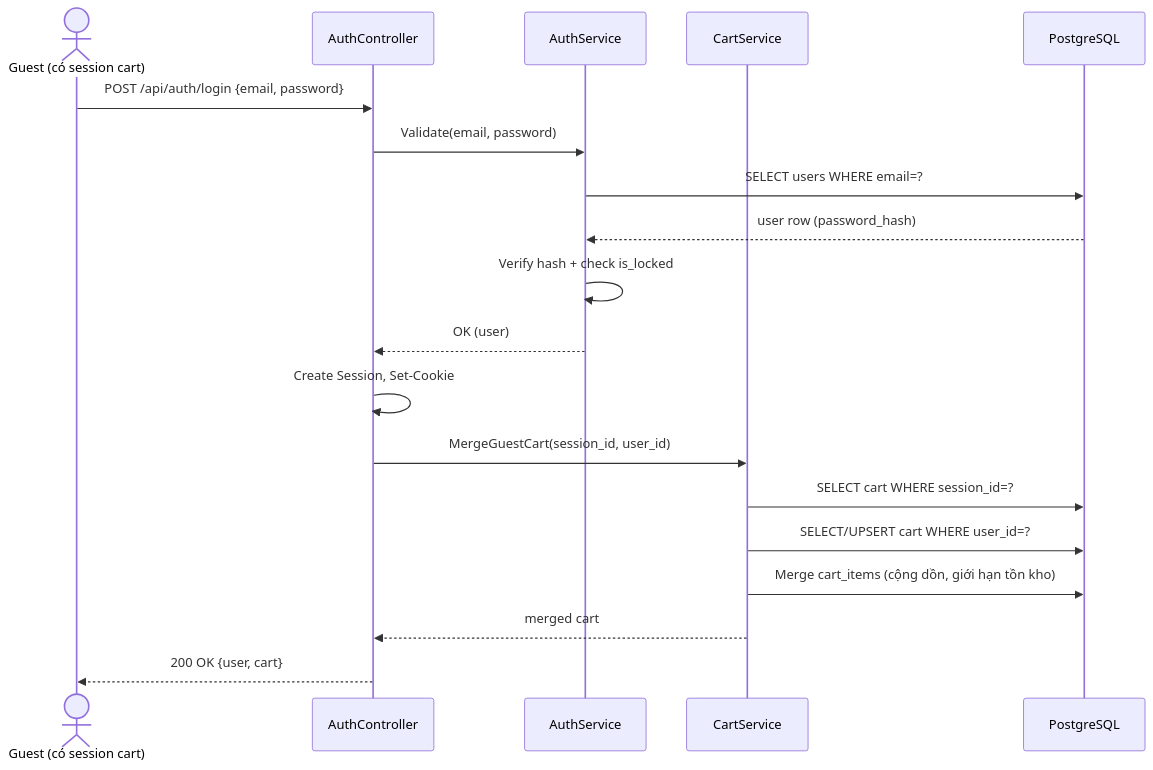
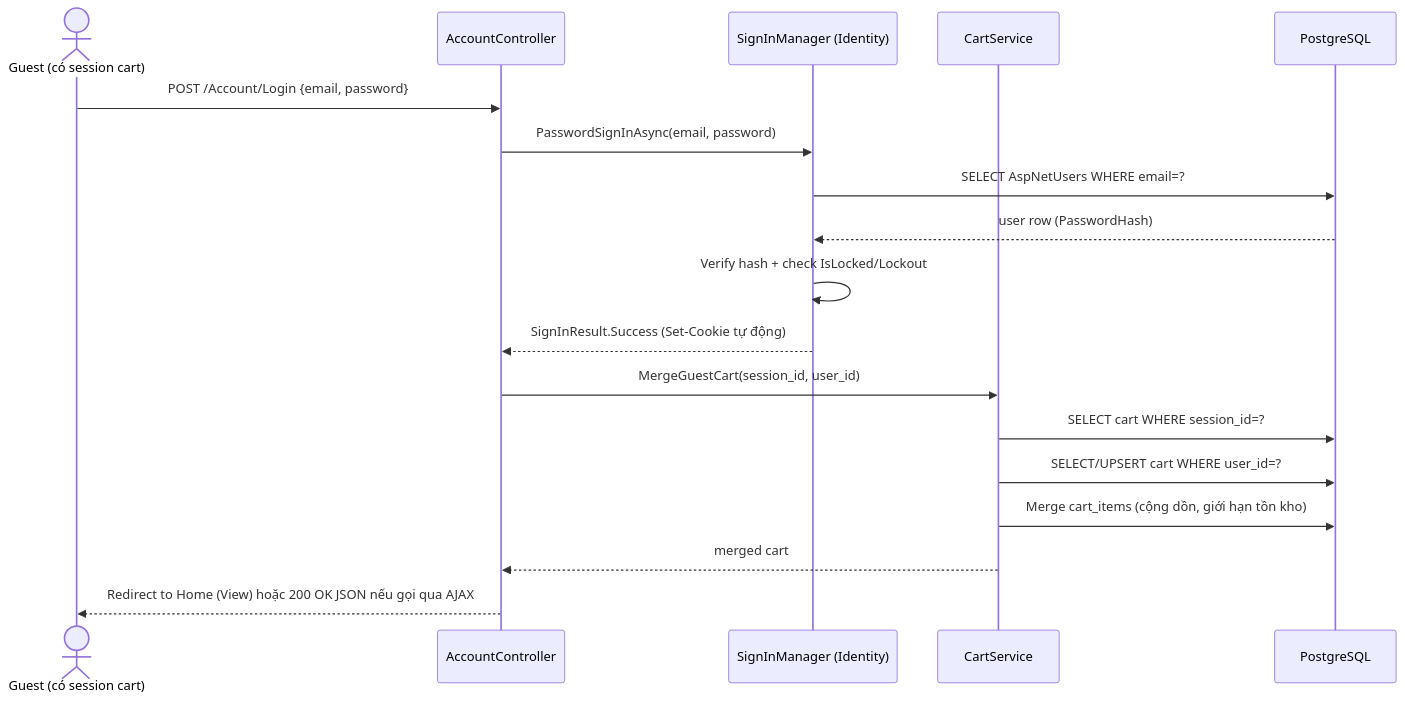
The third of 6 diagrams in docs/SRS.md (dangdinhphuong/IT38.BTL.005---N8---08---LT-Web-N-ng-Cao), drawn with Mermaid before and after one commit. The commit also changed other lines of this file and 100 other files, not shown here.

````diff
--- a/docs/SRS.md
+++ b/docs/SRS.md
@@ -494,22 +498,21 @@
 ```mermaid
 sequenceDiagram
     actor G as Guest (có session cart)
-    participant API as AuthController
-    participant SVC as AuthService
+    participant Ctrl as AccountController
+    participant SIM as SignInManager (Identity)
     participant CartSVC as CartService
     participant DB as PostgreSQL
 
-    G->>API: POST /api/auth/login {email, password}
-    API->>SVC: Validate(email, password)
-    SVC->>DB: SELECT users WHERE email=?
-    DB-->>SVC: user row (password_hash)
-    SVC->>SVC: Verify hash + check is_locked
-    SVC-->>API: OK (user)
-    API->>API: Create Session, Set-Cookie
-    API->>CartSVC: MergeGuestCart(session_id, user_id)
+    G->>Ctrl: POST /Account/Login {email, password}
+    Ctrl->>SIM: PasswordSignInAsync(email, password)
+    SIM->>DB: SELECT AspNetUsers WHERE email=?
+    DB-->>SIM: user row (PasswordHash)
+    SIM->>SIM: Verify hash + check IsLocked/Lockout
+    SIM-->>Ctrl: SignInResult.Success (Set-Cookie tự động)
+    Ctrl->>CartSVC: MergeGuestCart(session_id, user_id)
     CartSVC->>DB: SELECT cart WHERE session_id=?
     CartSVC->>DB: SELECT/UPSERT cart WHERE user_id=?
     CartSVC->>DB: Merge cart_items (cộng dồn, giới hạn tồn kho)
-    CartSVC-->>API: merged cart
-    API-->>G: 200 OK {user, cart}
+    CartSVC-->>Ctrl: merged cart
+    Ctrl-->>G: Redirect to Home (View) hoặc 200 OK JSON nếu gọi qua AJAX
 ```
````
